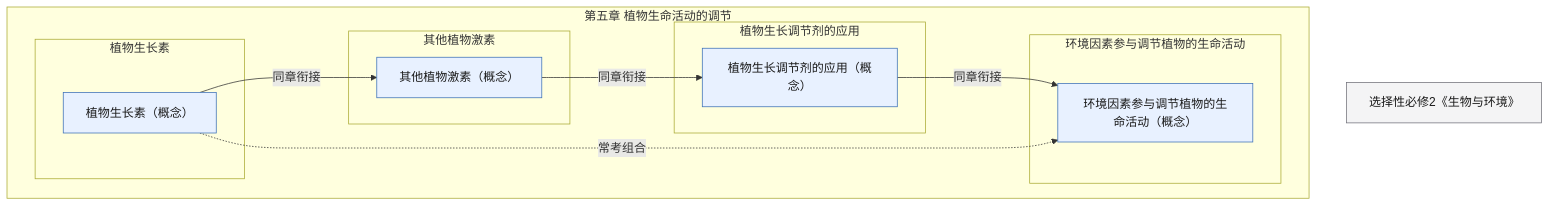
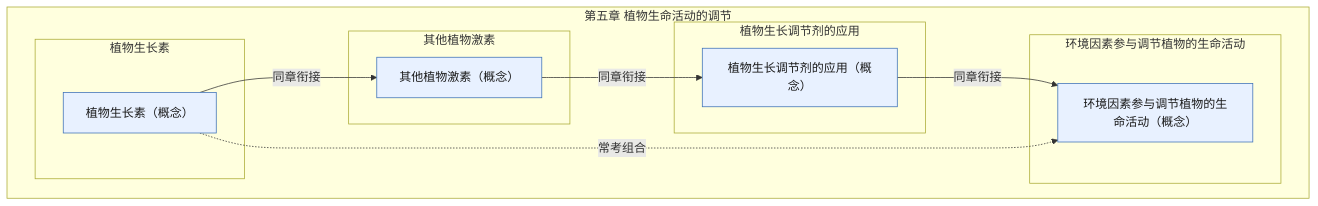
One commit to lihenair/high-school-ai-tutor-skill changed the diagram in skills/high-school-ai-tutor/references/pep-bio-xbx1-ch5.md. Above: the diagram before and after it, drawn with Mermaid. The commit also changed 26 other files, not shown here.

First line of the commit message:
feat(bio): 跨教材知识联系图谱——占位符清退 + 53 条组合边 + 联系图谱文档

````diff
--- a/skills/high-school-ai-tutor/references/pep-bio-xbx1-ch5.md
+++ b/skills/high-school-ai-tutor/references/pep-bio-xbx1-ch5.md
@@ -5,26 +5,25 @@
 ```mermaid
 flowchart TD
   classDef concept fill:#E8F1FF,stroke:#3B6FB6,color:#1A1A1A
   classDef skill fill:#E7F6EE,stroke:#2E7D4F,color:#1A1A1A
   classDef experiment fill:#FFF4E5,stroke:#C47B17,color:#1A1A1A
   classDef later fill:#F4F4F5,stroke:#71717A,color:#1A1A1A
   subgraph ch["第五章 植物生命活动的调节"]
     subgraph s1["植物生长素"]
       kp_auxin_discovery["植物生长素（概念）"]:::concept
     end
     subgraph s2["其他植物激素"]
       kp_other_hormones["其他植物激素（概念）"]:::concept
     end
     subgraph s3["植物生长调节剂的应用"]
       kp_growth_regulators["植物生长调节剂的应用（概念）"]:::concept
     end
     subgraph s4["环境因素参与调节植物的生命活动"]
       kp_environment_plant["环境因素参与调节植物的生命活动（概念）"]:::concept
     end
   end
-  bio_xbx2["选择性必修2《生物与环境》"]:::later
   kp_auxin_discovery -->|同章衔接| kp_other_hormones
   kp_other_hormones -->|同章衔接| kp_growth_regulators
   kp_growth_regulators -->|同章衔接| kp_environment_plant
   kp_auxin_discovery -.->|常考组合| kp_environment_plant
 ```
````
